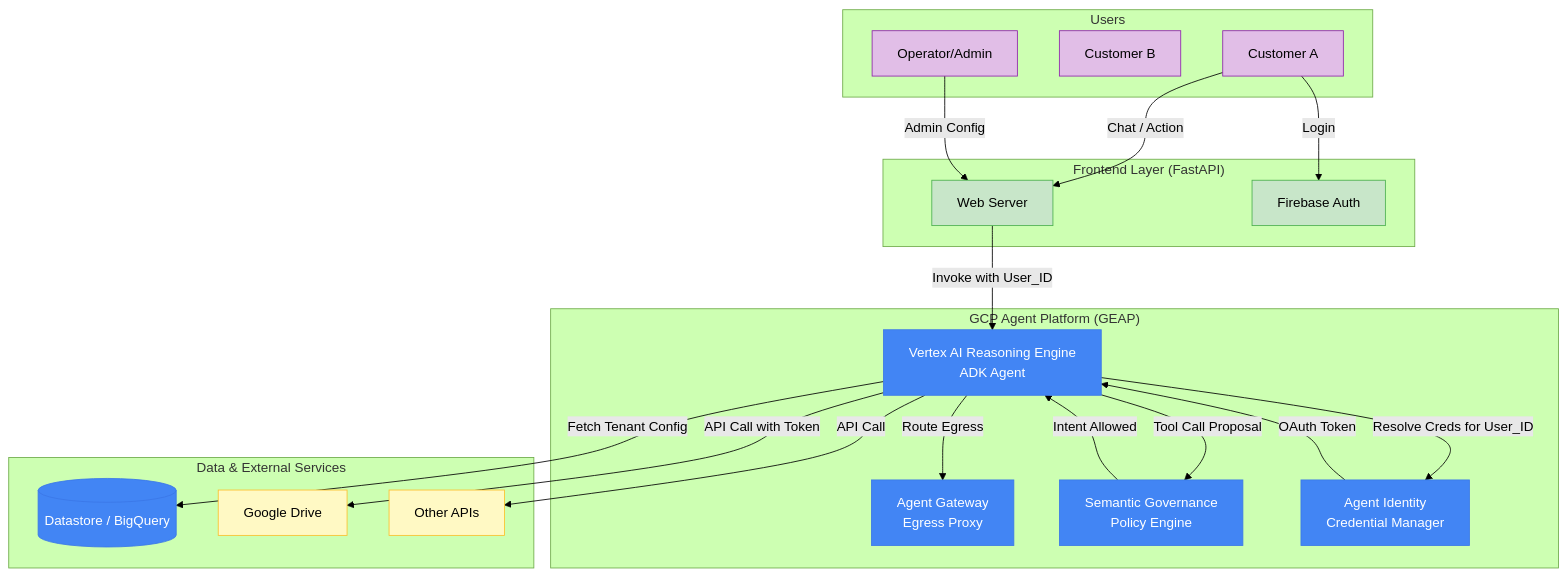
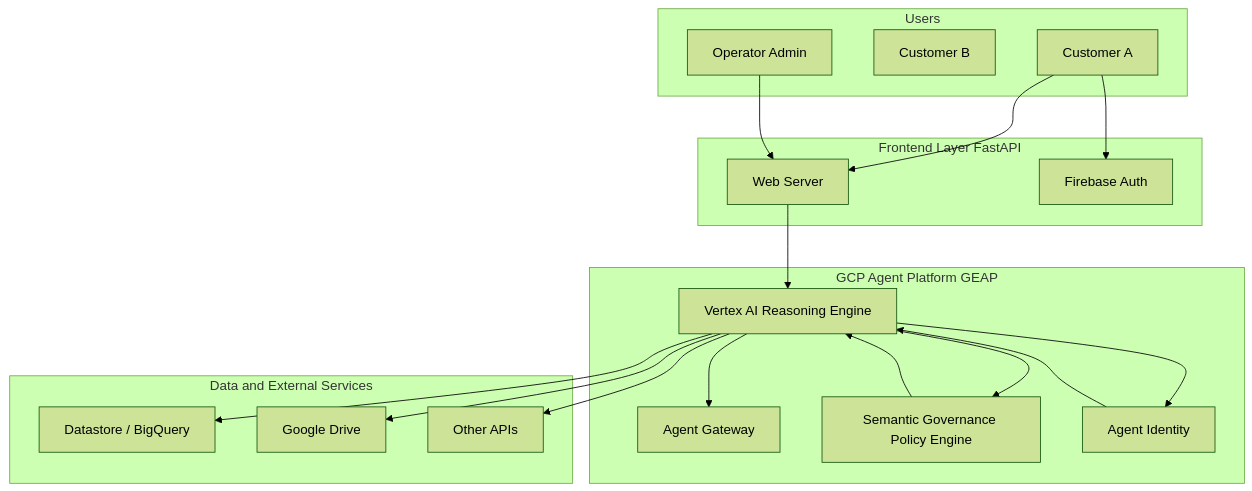
One commit to tuts2024/geap-multi-tenant-governance changed the diagram in README.md. Above: the diagram before and after it, drawn with Mermaid (forest theme).

Commit message:
Simplify Mermaid diagram to fix GitHub rendering error

````diff
--- a/README.md
+++ b/README.md
@@ -20,56 +20,45 @@
 ```mermaid
 graph TD
     subgraph Users
         CustA[Customer A]
         CustB[Customer B]
-        Op[Operator/Admin]
+        Op[Operator Admin]
     end
 
-    subgraph "Frontend Layer (FastAPI)"
+    subgraph Frontend_Layer[Frontend Layer FastAPI]
         FE[Web Server]
         FB[Firebase Auth]
     end
 
-    subgraph "GCP Agent Platform (GEAP)"
-        RE[Vertex AI Reasoning Engine<br/>ADK Agent]
-        AG[Agent Gateway<br/>Egress Proxy]
-        SGP[Semantic Governance<br/>Policy Engine]
-        AI[Agent Identity<br/>Credential Manager]
+    subgraph GCP_Platform[GCP Agent Platform GEAP]
+        RE[Vertex AI Reasoning Engine]
+        AG[Agent Gateway]
+        SGP[Semantic Governance Policy Engine]
+        AI[Agent Identity]
     end
 
-    subgraph "Data & External Services"
-        DB[(Datastore / BigQuery)]
+    subgraph Data_Services[Data and External Services]
+        DB[Datastore / BigQuery]
         Drive[Google Drive]
         Ext[Other APIs]
     end
 
     %% Flow
-    CustA -->|Login| FB
-    CustA -->|Chat / Action| FE
-    Op -->|Admin Config| FE
+    CustA --> FB
+    CustA --> FE
+    Op --> FE
     
-    FE -->|Invoke with User_ID| RE
+    FE --> RE
     
-    RE -->|Fetch Tenant Config| DB
-    RE -->|Tool Call Proposal| SGP
-    SGP -->|Intent Allowed| RE
+    RE --> DB
+    RE --> SGP
+    SGP --> RE
     
-    RE -->|Route Egress| AG
+    RE --> AG
     
-    RE -->|Resolve Creds for User_ID| AI
-    AI -->|OAuth Token| RE
+    RE --> AI
+    AI --> RE
     
-    RE -->|API Call with Token| Drive
-    RE -->|API Call| Ext
-
-    %% Styling
-    classDef gcp fill:#4285F4,stroke:#3b78e7,color:white;
-    classDef user fill:#E1BEE7,stroke:#8E24AA,color:black;
-    classDef ext fill:#FFF9C4,stroke:#FBC02D,color:black;
-    classDef fe fill:#C8E6C9,stroke:#4CAF50,color:black;
-    
-    class RE,AG,SGP,AI,DB gcp;
-    class CustA,CustB,Op user;
-    class Drive,Ext ext;
-    class FE,FB fe;
+    RE --> Drive
+    RE --> Ext
 ```
````
